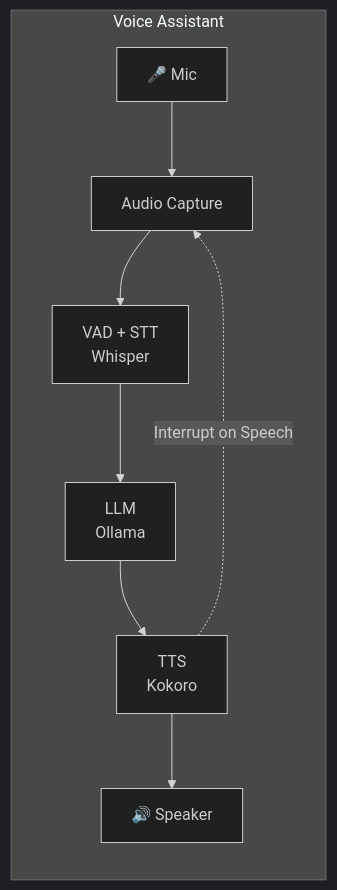
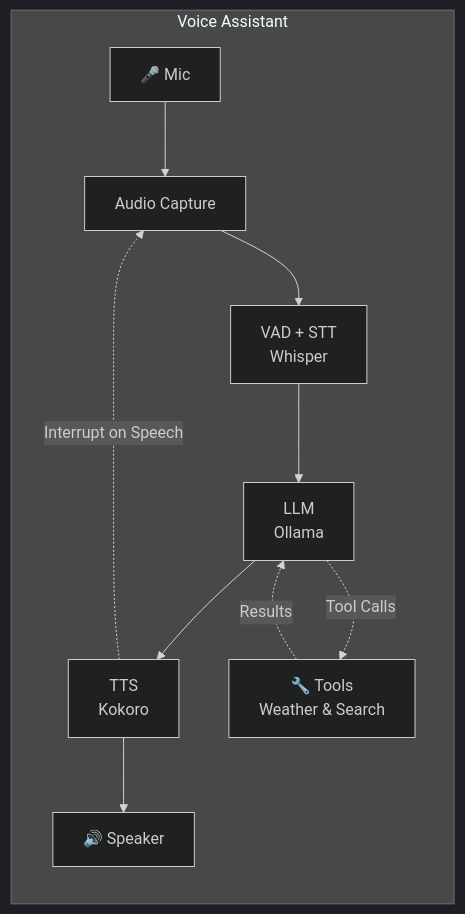
The diagram in rust-impl/README.md (agalue/sherpa-voice-assistant), drawn with Mermaid (dark theme) before and after one commit. The commit also changed other lines of this file and 28 other files, not shown here.

First line of the commit message:
Add agentic tool calling with weather and web search (#7)

````diff
--- a/rust-impl/README.md
+++ b/rust-impl/README.md
@@ -20,11 +21,13 @@
 ```mermaid
 flowchart LR
    subgraph Voice Assistant
       Mic[🎤 Mic] --> Capture[Audio Capture]
       Capture --> VAD[VAD + STT<br/>Whisper]
       VAD --> LLM[LLM<br/>Ollama]
       LLM --> TTS[TTS<br/>Kokoro]
       TTS --> Speaker[🔊 Speaker]
+      LLM -.->|Tool Calls| Tools[🔧 Tools<br/>Weather & Search]
+      Tools -.->|Results| LLM
       TTS -.->|Interrupt on Speech| Capture
    end
 ```
````
